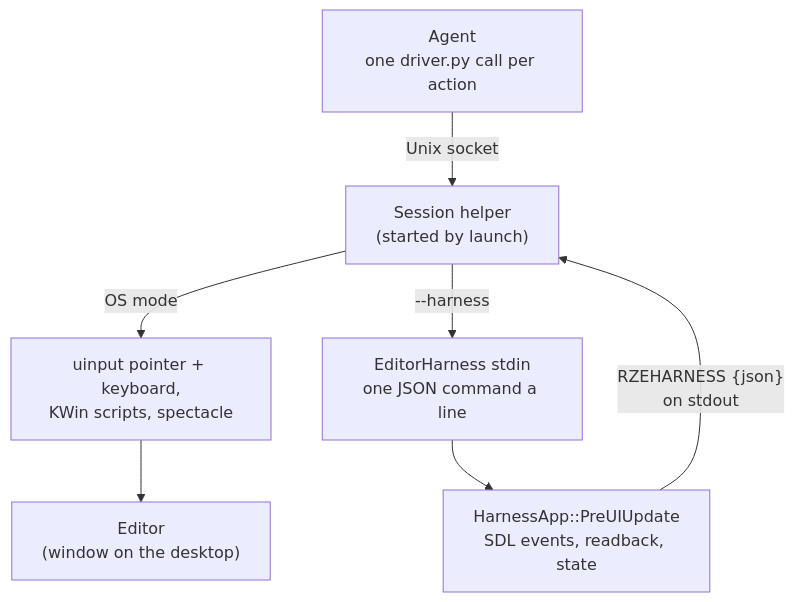
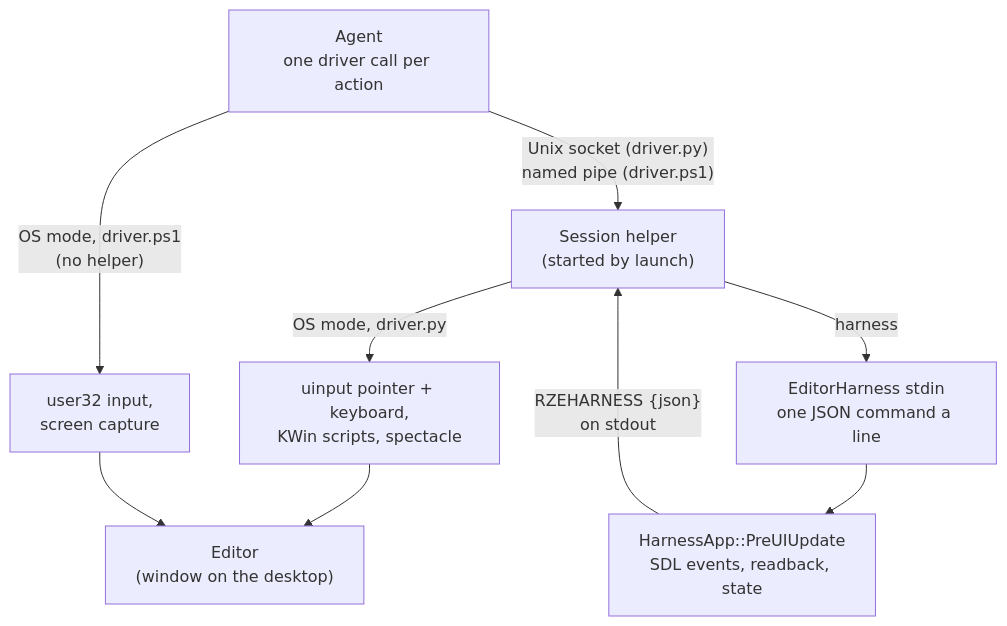
The diagram in Docs/Generated/Engine/07-Editor/EditorHarness-And-Drivers.md (b1nary0/RZE), drawn with Mermaid before and after one commit. The commit also changed other lines of this file and 28 other files, not shown here.

First line of the commit message:
Docs: Windows harness mode, VS 2026, Linux Makefile, and Mermaid fixes

````diff
--- a/Docs/Generated/Engine/07-Editor/EditorHarness-And-Drivers.md
+++ b/Docs/Generated/Engine/07-Editor/EditorHarness-And-Drivers.md
@@ -14,10 +14,12 @@
 ```mermaid
-%%{init: {'flowchart': {'subGraphTitleMargin': {'top': 6, 'bottom': 10}}, 'themeCSS': '.labelBkg, .edgeLabel { background-color: var(--background-primary) !important; } .messageText, .labelText, .loopText { paint-order: stroke; stroke: var(--background-primary); stroke-width: 5px; stroke-linejoin: round; }'}}%%
+%%{init: {'flowchart': {'subGraphTitleMargin': {'top': 6, 'bottom': 10}}, 'themeCSS': '.labelBkg, .edgeLabel { background-color: var(--background-primary) !important; } .messageText, .labelText, .loopText { paint-order: stroke; stroke: var(--background-primary); stroke-width: 12px; stroke-linejoin: round; }'}}%%
 flowchart TD
-    Agent["Agent<br/>one driver.py call per action"] -->|"Unix socket"| Helper["Session helper<br/>(started by launch)"]
-    Helper -->|"OS mode"| OS["uinput pointer + keyboard,<br/>KWin scripts, spectacle"]
+    Agent["Agent<br/>one driver call per action"] -->|"Unix socket (driver.py)<br/>named pipe (driver.ps1)"| Helper["Session helper<br/>(started by launch)"]
+    Agent -->|"OS mode, driver.ps1<br/>(no helper)"| Win["user32 input,<br/>screen capture"]
+    Helper -->|"OS mode, driver.py"| OS["uinput pointer + keyboard,<br/>KWin scripts, spectacle"]
     OS --> Editor["Editor<br/>(window on the desktop)"]
-    Helper -->|"--harness"| Stdin["EditorHarness stdin<br/>one JSON command a line"]
+    Win --> Editor
+    Helper -->|"harness"| Stdin["EditorHarness stdin<br/>one JSON command a line"]
     Stdin --> Harness["HarnessApp::PreUIUpdate<br/>SDL events, readback, state"]
     Harness -->|"RZEHARNESS {json}<br/>on stdout"| Helper
 ```
````
